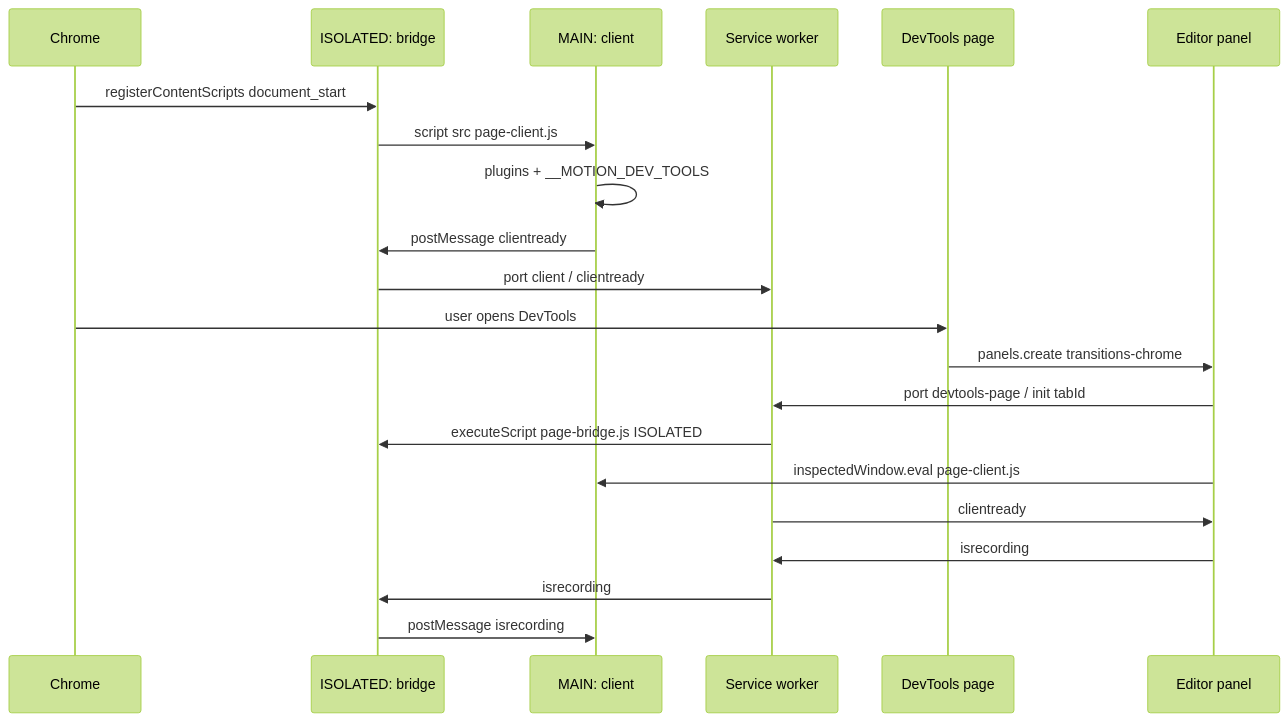
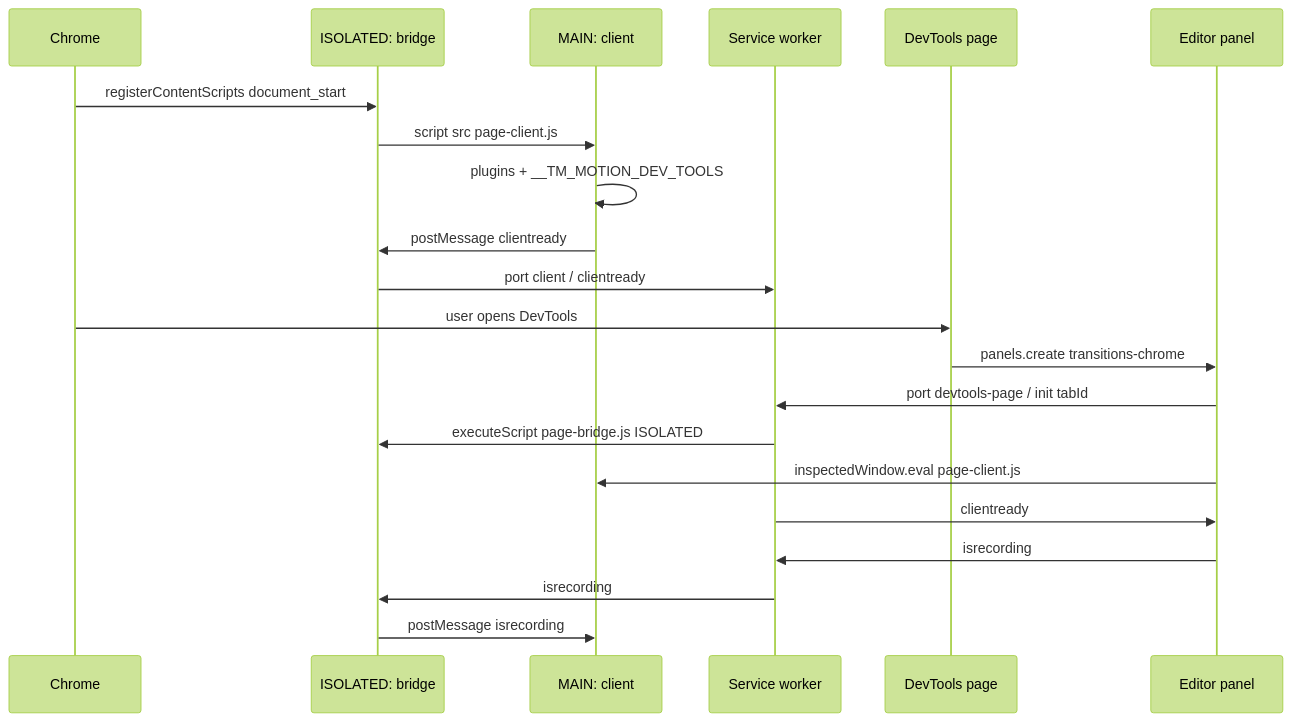
One commit to maxzz/transitions-chrome changed the sixth of 6 diagrams in assets/docs/2026.09.14.26, 2, main_isolated_worlds.md. Above: the diagram before and after it, drawn with Mermaid (forest theme). The commit also changed other lines of this file and 12 other files, not shown here.

````diff
--- a/assets/docs/2026.09.14.26, 2, main_isolated_worlds.md
+++ b/assets/docs/2026.09.14.26, 2, main_isolated_worlds.md
@@ -237,25 +237,25 @@
 ```mermaid
 sequenceDiagram
   participant Chrome
   participant Bridge as ISOLATED: bridge
   participant Client as MAIN: client
   participant SW as Service worker
   participant DevTools as DevTools page
   participant Editor as Editor panel
 
   Chrome->>Bridge: registerContentScripts document_start
   Bridge->>Client: script src page-client.js
-  Client->>Client: plugins + __MOTION_DEV_TOOLS
+  Client->>Client: plugins + __TM_MOTION_DEV_TOOLS
   Client->>Bridge: postMessage clientready
   Bridge->>SW: port client / clientready
 
   Chrome->>DevTools: user opens DevTools
   DevTools->>Editor: panels.create transitions-chrome
   Editor->>SW: port devtools-page / init tabId
   SW->>Bridge: executeScript page-bridge.js ISOLATED
   Editor->>Client: inspectedWindow.eval page-client.js
   SW->>Editor: clientready
   Editor->>SW: isrecording
   SW->>Bridge: isrecording
   Bridge->>Client: postMessage isrecording
 ```
````
